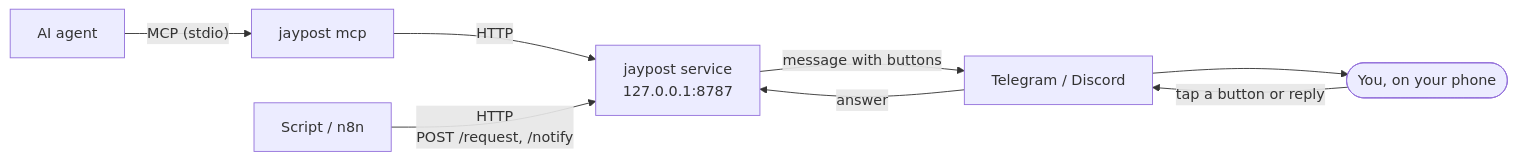
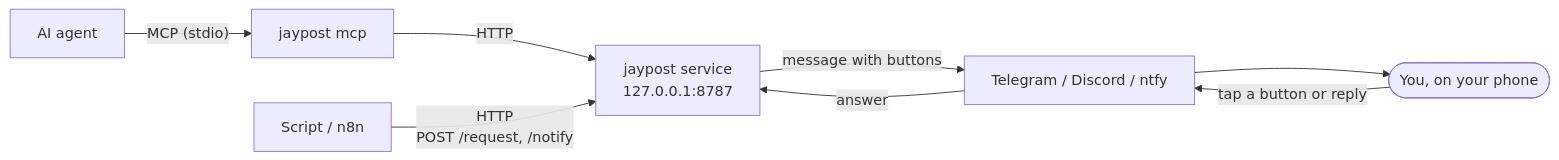
Before and after one commit to bithyte/jaypost: the diagram in README.md, drawn with Mermaid. The commit also changed other lines of this file and 33 other files, not shown here.

````diff
--- a/README.md
+++ b/README.md
@@ -62,10 +62,10 @@
 ```mermaid
 flowchart LR
     agent["AI agent"] -- "MCP (stdio)" --> mcp["jaypost mcp"]
     mcp -- HTTP --> svc
     script["Script / n8n"] -- "HTTP<br>POST /request, /notify" --> svc["jaypost service<br>127.0.0.1:8787"]
-    svc -- "message with buttons" --> chat["Telegram / Discord"]
+    svc -- "message with buttons" --> chat["Telegram / Discord / ntfy"]
     chat --> you(["You, on your phone"])
     you -- "tap a button or reply" --> chat
     chat -- answer --> svc
 ```
````
